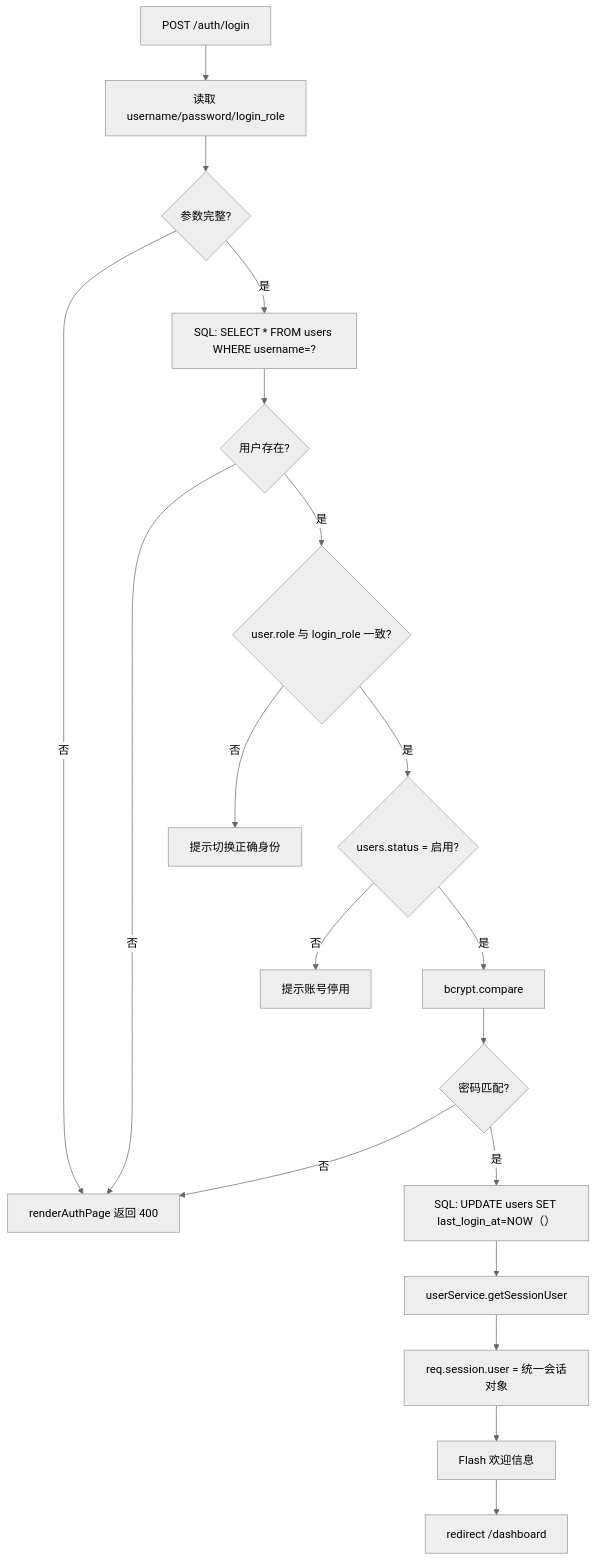
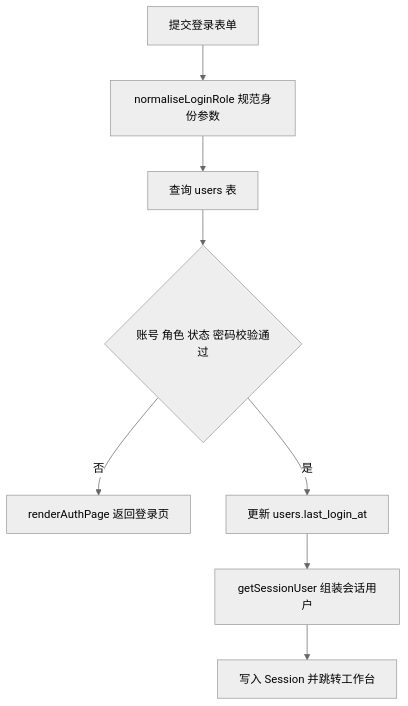
Before and after one commit to llkww/jiaoxue: the first of 29 diagrams in docs/系统设计说明.md, drawn with Mermaid (neutral theme). The commit also changed other lines of this file and 1 other file, not shown here.

````diff
--- a/docs/系统设计说明.md
+++ b/docs/系统设计说明.md
@@ -198,21 +202,10 @@
 ```mermaid
 flowchart TD
-  A[POST /auth/login] --> B[读取 username/password/login_role]
-  B --> C{参数完整?}
-  C -- 否 --> D[renderAuthPage 返回 400]
-  C -- 是 --> E[SQL: SELECT * FROM users WHERE username=?]
-  E --> F{用户存在?}
-  F -- 否 --> D
-  F -- 是 --> G{user.role 与 login_role 一致?}
-  G -- 否 --> H[提示切换正确身份]
-  G -- 是 --> I{users.status = 启用?}
-  I -- 否 --> J[提示账号停用]
-  I -- 是 --> K[bcrypt.compare]
-  K --> L{密码匹配?}
-  L -- 否 --> D
-  L -- 是 --> M[SQL: UPDATE users SET last_login_at=NOW（）]
-  M --> N[userService.getSessionUser]
-  N --> O[req.session.user = 统一会话对象]
-  O --> P[Flash 欢迎信息]
-  P --> Q[redirect /dashboard]
+  A[提交登录表单] --> B[normaliseLoginRole 规范身份参数]
+  B --> C[查询 users 表]
+  C --> D{账号 角色 状态 密码校验通过}
+  D -- 否 --> E[renderAuthPage 返回登录页]
+  D -- 是 --> F[更新 users.last_login_at]
+  F --> G[getSessionUser 组装会话用户]
+  G --> H[写入 Session 并跳转工作台]
 ```
````
